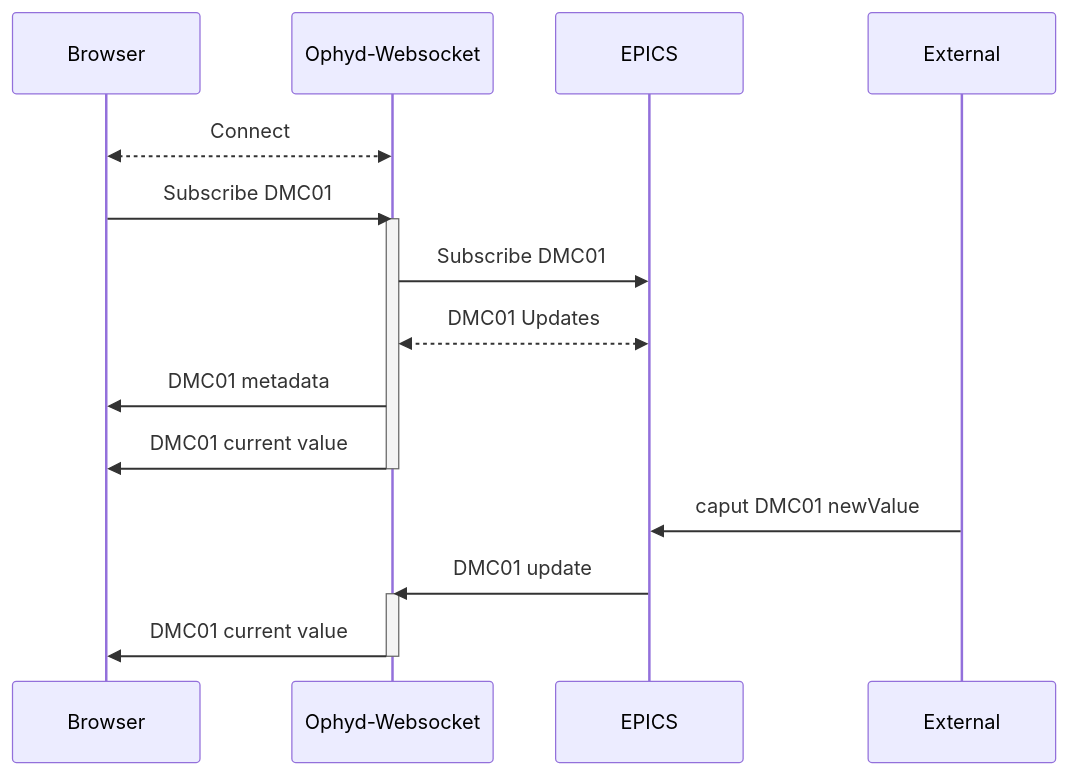
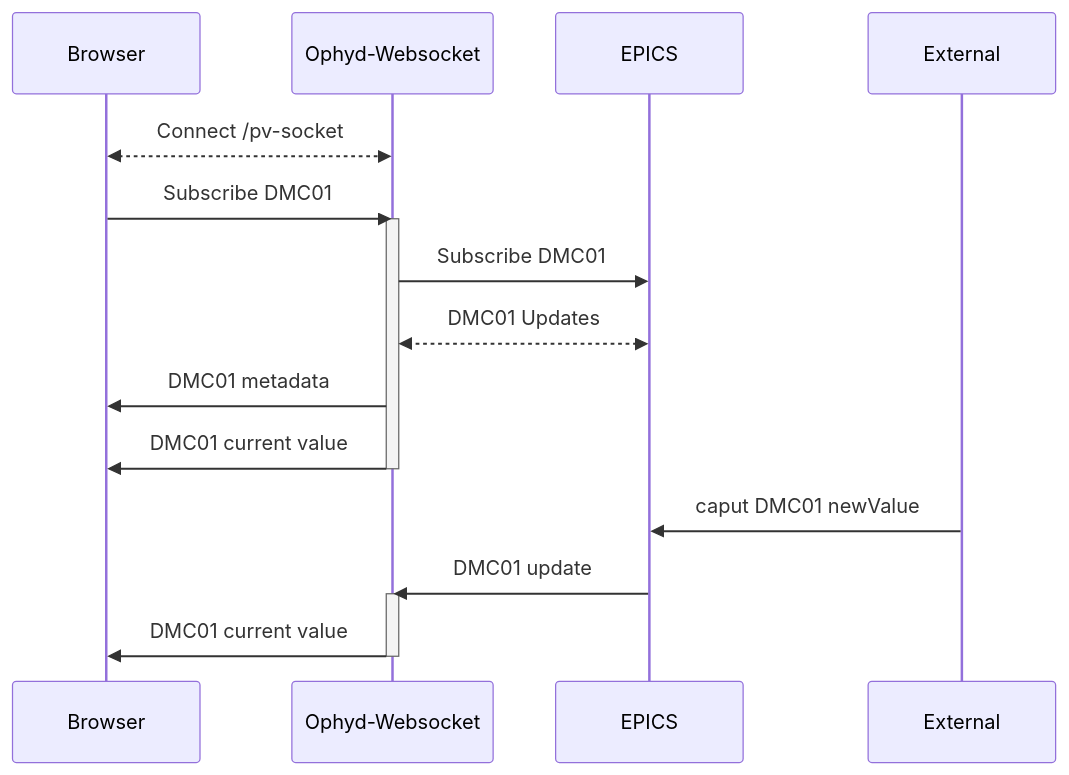
The second of 2 diagrams in README.md (bluesky/ophyd-websocket), drawn with Mermaid before and after one commit. The commit also changed other lines of this file, not shown here.

````diff
--- a/README.md
+++ b/README.md
@@ -58,16 +242,16 @@
 ```mermaid
 sequenceDiagram
-        Browser<<-->>Ophyd-Websocket: Connect
+        Browser<<-->>Ophyd-Websocket: Connect /pv-socket
         Browser->>Ophyd-Websocket: Subscribe DMC01
         activate Ophyd-Websocket
         Ophyd-Websocket->>EPICS: Subscribe DMC01
         EPICS<<-->>Ophyd-Websocket: DMC01 Updates
         Ophyd-Websocket->>Browser: DMC01 metadata
         Ophyd-Websocket->>Browser: DMC01 current value
         deactivate Ophyd-Websocket
         External->>EPICS: caput DMC01 newValue
         EPICS->>Ophyd-Websocket: DMC01 update
         activate Ophyd-Websocket
         Ophyd-Websocket->>Browser: DMC01 current value
         deactivate Ophyd-Websocket
 ```
````
